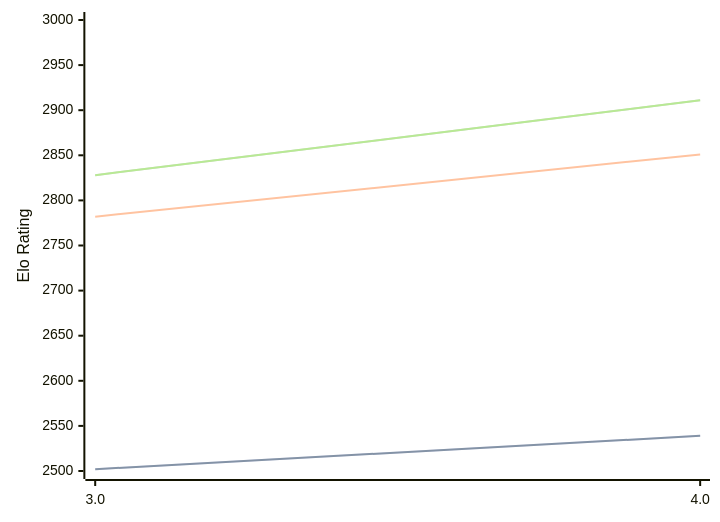
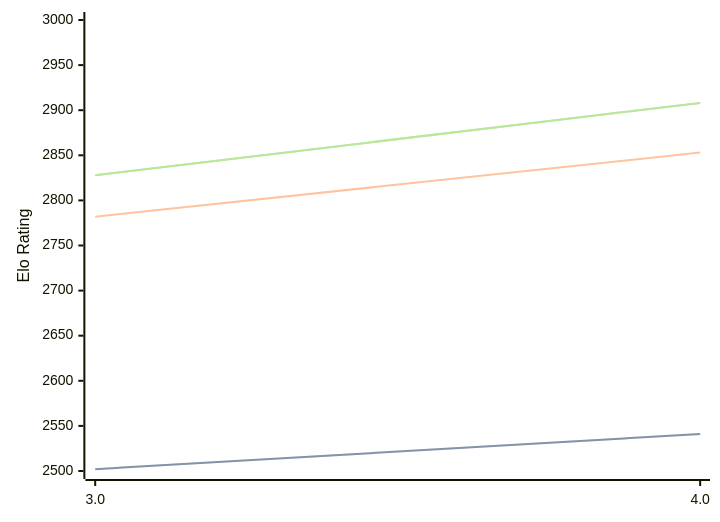
The diagram in engines/Chess3.md (computer-chess-index/cci), drawn with Mermaid before and after one commit. The commit also changed other lines of this file, not shown here.

Commit message:
Update CCI Ratings (ELO VLTC) - 2026-04-09

````diff
--- a/engines/Chess3.md
+++ b/engines/Chess3.md
@@ -34,11 +34,11 @@
 ```mermaid
 %%{init: {"theme":"base","themeVariables":{"seriesColors:['#a3a3a3','#222221','#faa371']}}}%%
 xychart-beta
   x-axis ["3.0", "4.0"]
   y-axis "Elo Rating" 2500 --> 3000
-  line "STC (8.0+0.08s)" [2502, 2539]
-  line "STC (8.0+0.08s)" [2502, 2539]
-  line "LTC (60.0+0.60s)" [2782, 2851]
-  line "VLTC (2m24s+1.12s)" [2828, 2911]
-  line "VLTC (2m24s+1.12s)" [2828, 2911]
+  line "STC (8.0+0.08s)" [2502, 2541]
+  line "STC (8.0+0.08s)" [2502, 2541]
+  line "LTC (60.0+0.60s)" [2782, 2853]
+  line "VLTC (2m24s+1.12s)" [2828, 2908]
+  line "VLTC (2m24s+1.12s)" [2828, 2908]
 ```
````
